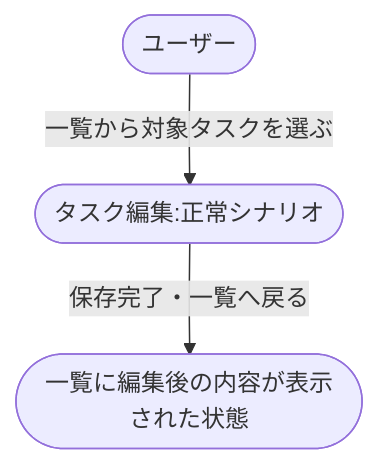
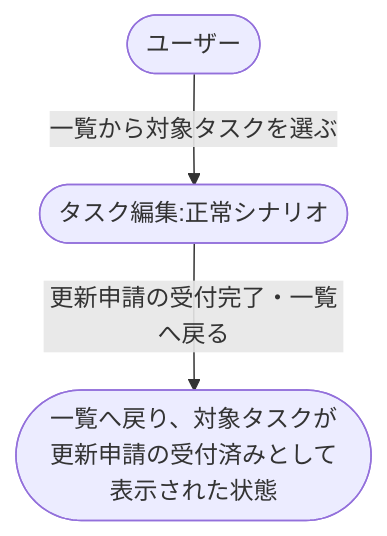
One commit to shuhei1101/ai-monitor-e2e changed the diagram in docs/wiki/設計図/シナリオ/複合ユースケース/タスク編集から一覧反映.md. Above: the diagram before and after it, drawn with Mermaid. The commit also changed other lines of this file and 1 other file, not shown here.

````diff
--- a/docs/wiki/設計図/シナリオ/複合ユースケース/タスク編集から一覧反映.md
+++ b/docs/wiki/設計図/シナリオ/複合ユースケース/タスク編集から一覧反映.md
@@ -20,7 +21,7 @@
 ```mermaid
 flowchart TD
   U0([ユーザー]) -->|一覧から対象タスクを選ぶ| UC1([タスク編集:正常シナリオ])
-  UC1 -->|保存完了・一覧へ戻る| DONE([一覧に編集後の内容が表示された状態])
+  UC1 -->|更新申請の受付完了・一覧へ戻る| DONE([一覧へ戻り、対象タスクが更新申請の受付済みとして表示された状態])
 
   click UC1 "../単一ユースケース/タスク編集.md#正常シナリオ"
 ```
````
